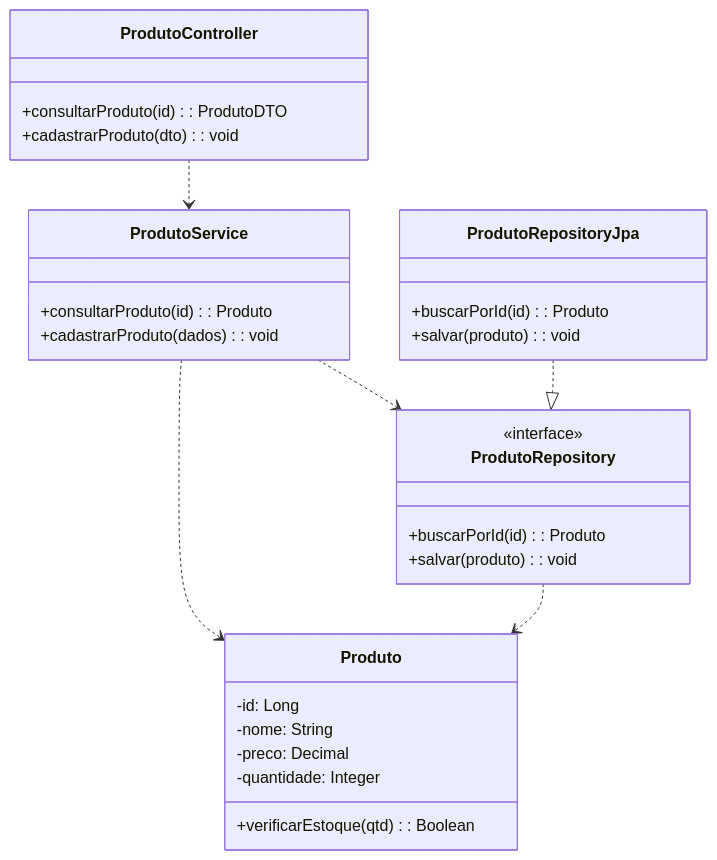
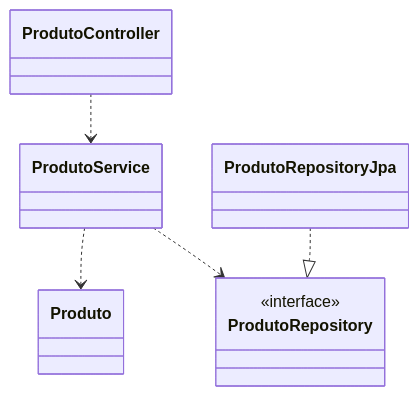
Before and after one commit to PedroWatermann/UEM_Eng_Soft: the eighth of 13 diagrams in 2_ano/4_semestre/AnaliseProjetoSoftware/ListaExercícios/Lista_6.md, drawn with Mermaid. The commit also changed other lines of this file and 1 other file, not shown here.

````diff
--- a/2_ano/4_semestre/AnaliseProjetoSoftware/ListaExercícios/Lista_6.md
+++ b/2_ano/4_semestre/AnaliseProjetoSoftware/ListaExercícios/Lista_6.md
@@ -391,32 +183,8 @@
 ```mermaid
 classDiagram
-    class ProdutoController {
-        +consultarProduto(id): ProdutoDTO
-        +cadastrarProduto(dto): void
-    }
-    class ProdutoService {
-        +consultarProduto(id): Produto
-        +cadastrarProduto(dados): void
-    }
-    class Produto {
-        -id: Long
-        -nome: String
-        -preco: Decimal
-        -quantidade: Integer
-        +verificarEstoque(qtd): Boolean
-    }
-    class ProdutoRepository {
-        <<interface>>
-        +buscarPorId(id): Produto
-        +salvar(produto): void
-    }
-    class ProdutoRepositoryJpa {
-        +buscarPorId(id): Produto
-        +salvar(produto): void
-    }
+    class ProdutoRepository { <<interface>> }
     ProdutoController ..> ProdutoService
+    ProdutoService ..> Produto
     ProdutoService ..> ProdutoRepository
-    ProdutoService ..> Produto
     ProdutoRepositoryJpa ..|> ProdutoRepository
-    ProdutoRepository ..> Produto
 ```
````
